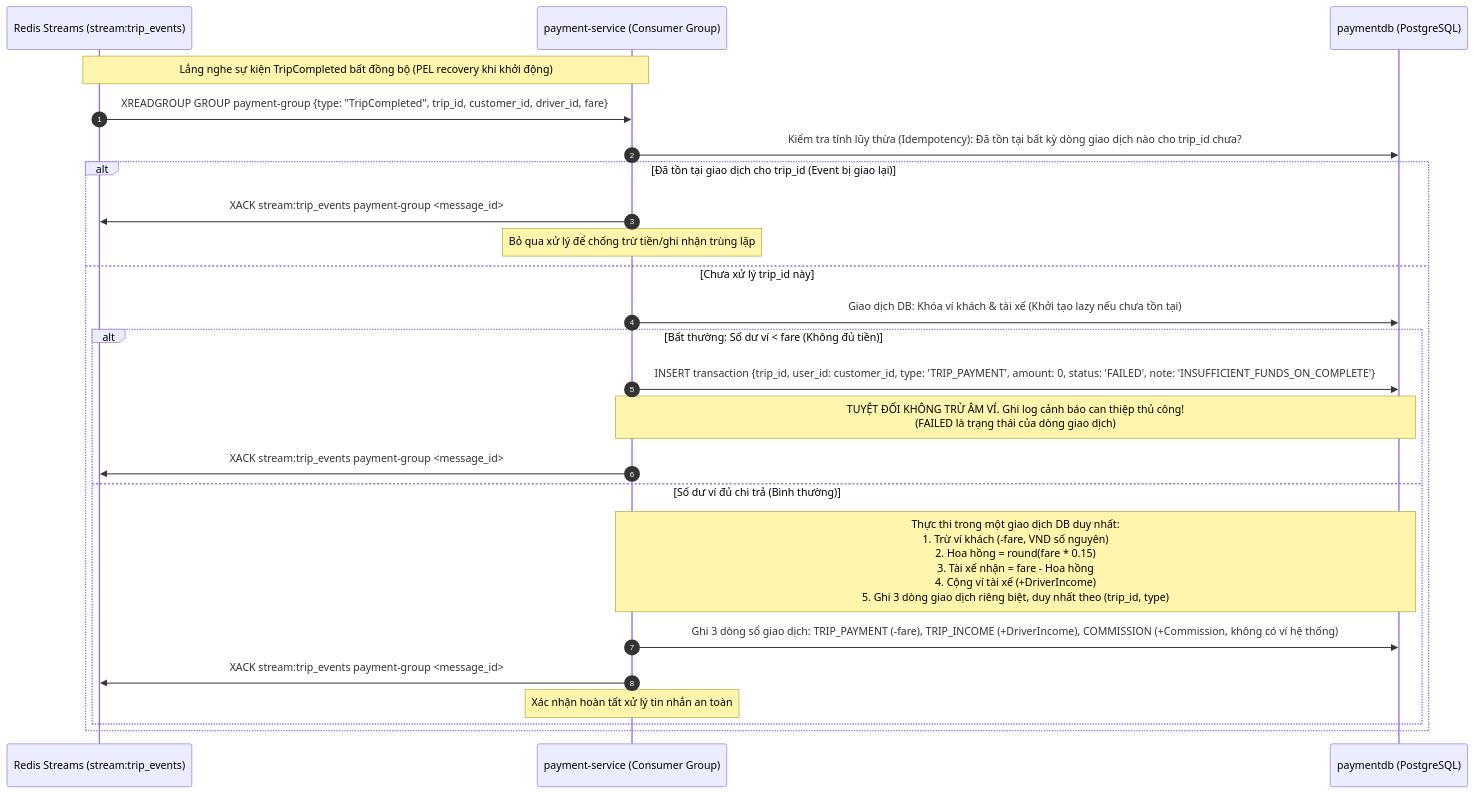
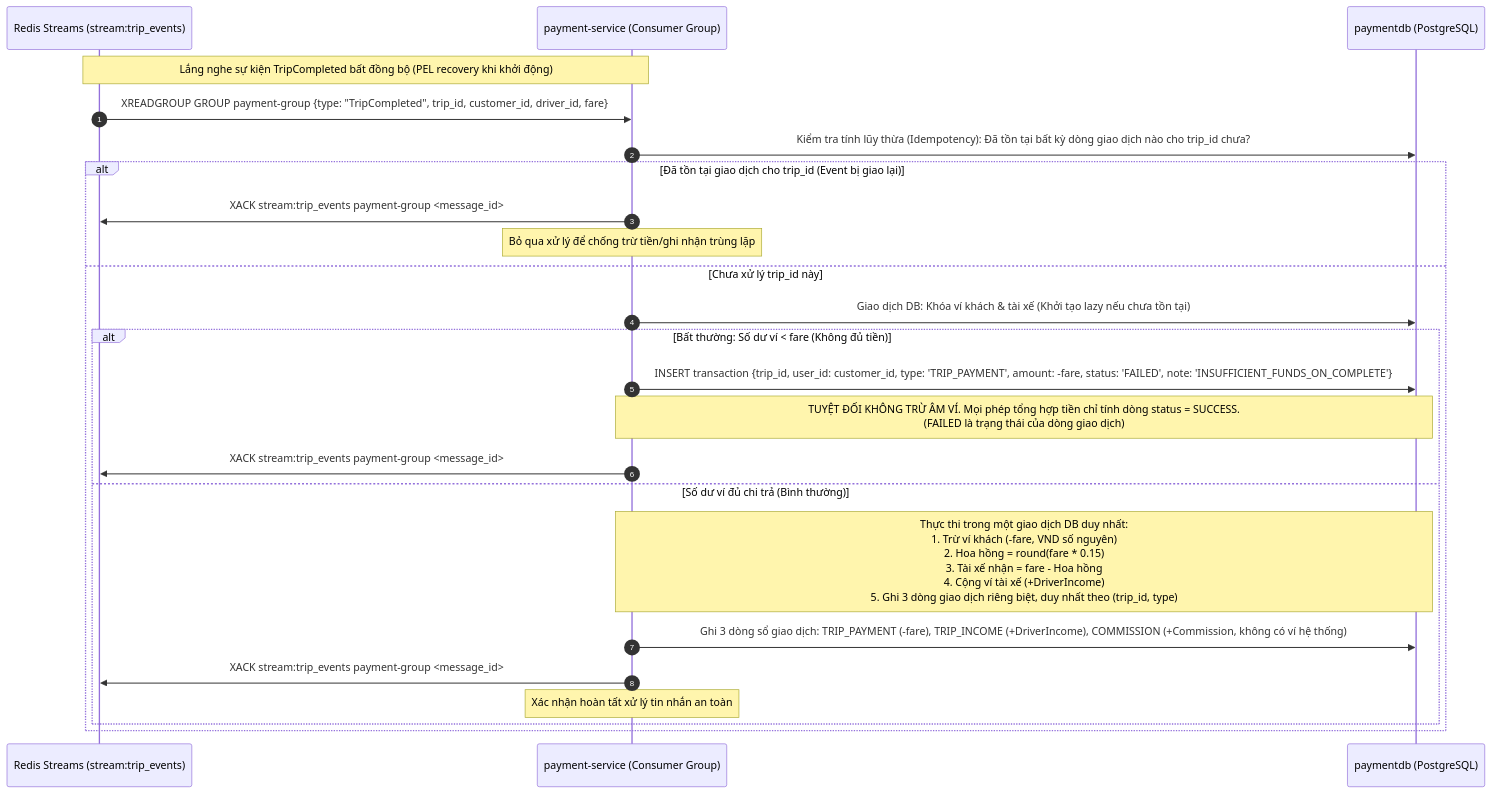
Before and after one commit to HaiTrieu186/JB-IOC-PTHB251125_BE105_Devops_Ride_Hailling: the diagram in docs/02-use-cases/uc-05-vi-va-thanh-toan.md, drawn with Mermaid. The commit also changed other lines of this file and 1 other file, not shown here.

Commit message:
docs/02-use-cases/*.md to v1.1 final and update Agent.md

````diff
--- a/docs/02-use-cases/uc-05-vi-va-thanh-toan.md
+++ b/docs/02-use-cases/uc-05-vi-va-thanh-toan.md
@@ -12,30 +12,30 @@
 ```mermaid
 sequenceDiagram
     autonumber
     participant RedisStreams as Redis Streams (stream:trip_events)
     participant PaymentWorker as payment-service (Consumer Group)
     participant DB as paymentdb (PostgreSQL)
 
     Note over RedisStreams,PaymentWorker: Lắng nghe sự kiện TripCompleted bất đồng bộ (PEL recovery khi khởi động)
     RedisStreams->>PaymentWorker: XREADGROUP GROUP payment-group {type: "TripCompleted", trip_id, customer_id, driver_id, fare}
     
     PaymentWorker->>DB: Kiểm tra tính lũy thừa (Idempotency): Đã tồn tại bất kỳ dòng giao dịch nào cho trip_id chưa?
     alt Đã tồn tại giao dịch cho trip_id (Event bị giao lại)
         PaymentWorker->>RedisStreams: XACK stream:trip_events payment-group <message_id>
         Note over PaymentWorker: Bỏ qua xử lý để chống trừ tiền/ghi nhận trùng lặp
     else Chưa xử lý trip_id này
         PaymentWorker->>DB: Giao dịch DB: Khóa ví khách & tài xế (Khởi tạo lazy nếu chưa tồn tại)
         
         alt Bất thường: Số dư ví < fare (Không đủ tiền)
-            PaymentWorker->>DB: INSERT transaction {trip_id, user_id: customer_id, type: 'TRIP_PAYMENT', amount: 0, status: 'FAILED', note: 'INSUFFICIENT_FUNDS_ON_COMPLETE'}
-            Note over PaymentWorker,DB: TUYỆT ĐỐI KHÔNG TRỪ ÂM VÍ. Ghi log cảnh báo can thiệp thủ công!<br>(FAILED là trạng thái của dòng giao dịch)
+            PaymentWorker->>DB: INSERT transaction {trip_id, user_id: customer_id, type: 'TRIP_PAYMENT', amount: -fare, status: 'FAILED', note: 'INSUFFICIENT_FUNDS_ON_COMPLETE'}
+            Note over PaymentWorker,DB: TUYỆT ĐỐI KHÔNG TRỪ ÂM VÍ. Mọi phép tổng hợp tiền chỉ tính dòng status = SUCCESS.<br>(FAILED là trạng thái của dòng giao dịch)
             PaymentWorker->>RedisStreams: XACK stream:trip_events payment-group <message_id>
         else Số dư ví đủ chi trả (Bình thường)
             Note over PaymentWorker,DB: Thực thi trong một giao dịch DB duy nhất:<br>1. Trừ ví khách (-fare, VND số nguyên)<br>2. Hoa hồng = round(fare * 0.15)<br>3. Tài xế nhận = fare - Hoa hồng<br>4. Cộng ví tài xế (+DriverIncome)<br>5. Ghi 3 dòng giao dịch riêng biệt, duy nhất theo (trip_id, type)
             PaymentWorker->>DB: Ghi 3 dòng sổ giao dịch: TRIP_PAYMENT (-fare), TRIP_INCOME (+DriverIncome), COMMISSION (+Commission, không có ví hệ thống)
             
             PaymentWorker->>RedisStreams: XACK stream:trip_events payment-group <message_id>
             Note over PaymentWorker: Xác nhận hoàn tất xử lý tin nhắn an toàn
         end
     end
 ```
````
